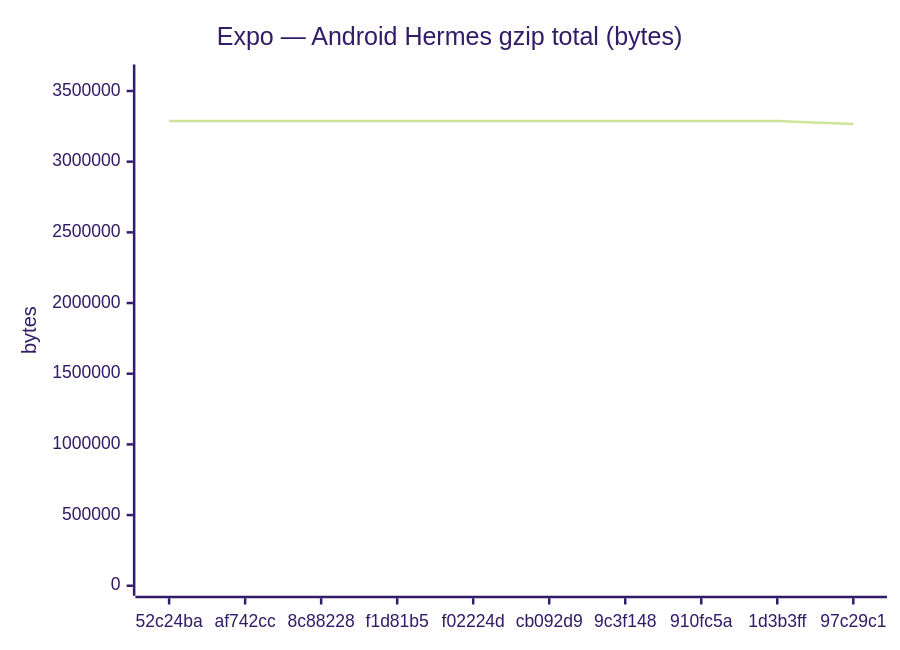
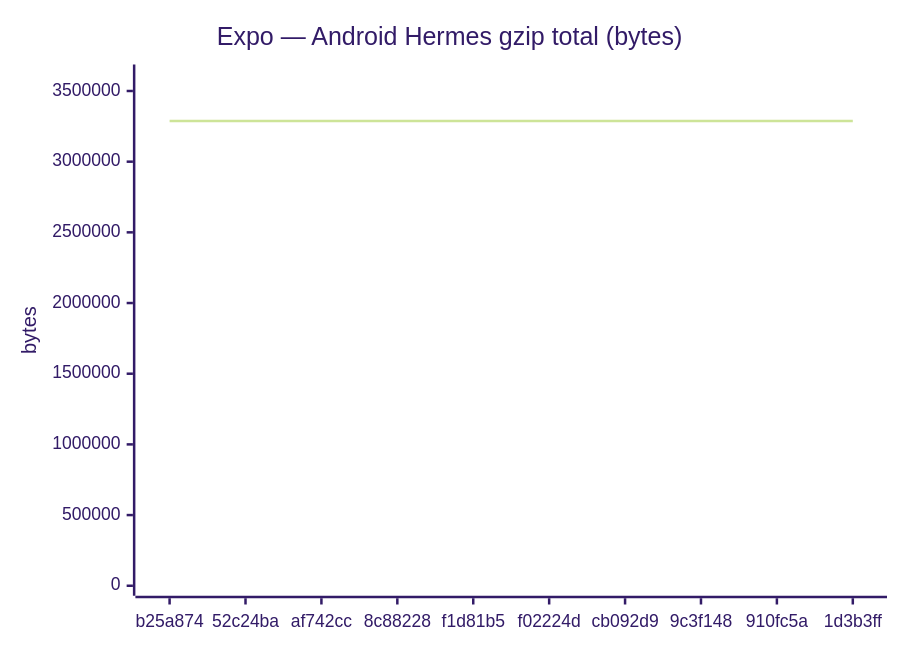
One commit to Metaheurist/Rianell changed the fifth of 18 diagrams in benchmarks/compare.md. Above: the diagram before and after it, drawn with Mermaid (forest theme). The commit also changed other lines of this file and 11 other files, not shown here.

````diff
--- a/benchmarks/compare.md
+++ b/benchmarks/compare.md
@@ -89,7 +89,7 @@
 ```mermaid
 xychart-beta
     title "Expo — Android Hermes gzip total (bytes)"
-    x-axis ["52c24ba", "af742cc", "8c88228", "f1d81b5", "f02224d", "cb092d9", "9c3f148", "910fc5a", "1d3b3ff", "97c29c1"]
+    x-axis ["b25a874", "52c24ba", "af742cc", "8c88228", "f1d81b5", "f02224d", "cb092d9", "9c3f148", "910fc5a", "1d3b3ff"]
     y-axis "bytes" 0 --> 3616656
-    line [3287423, 3287424, 3287869, 3287424, 3287426, 3287424, 3287424, 3287869, 3287424, 3266092]
+    line [3287424, 3287423, 3287424, 3287869, 3287424, 3287426, 3287424, 3287424, 3287869, 3287424]
 ```
````
